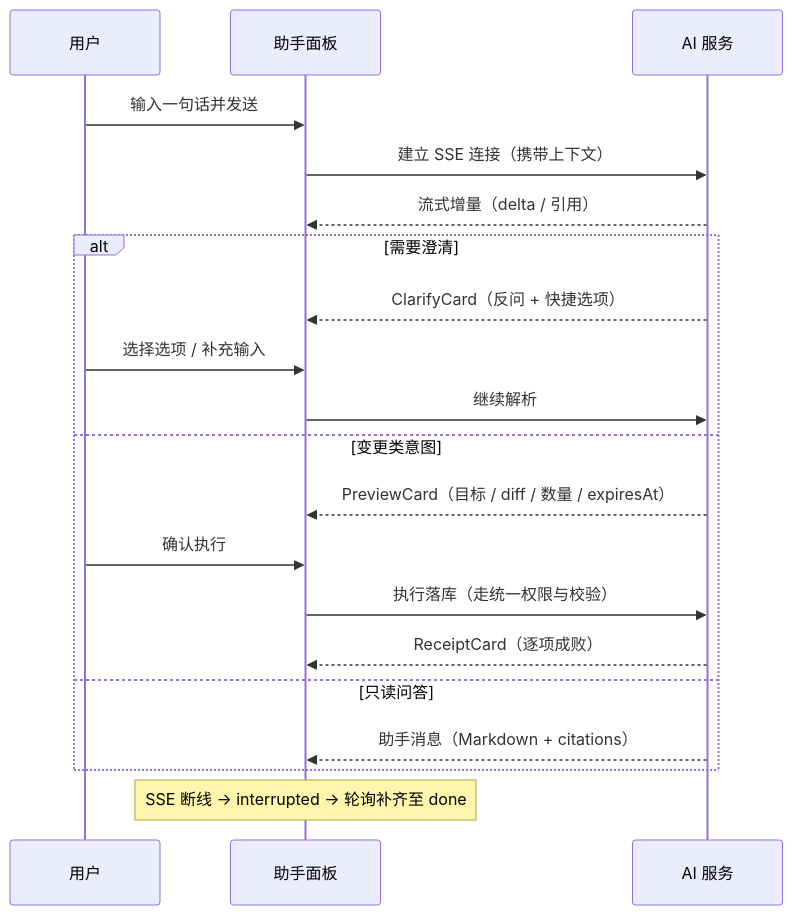
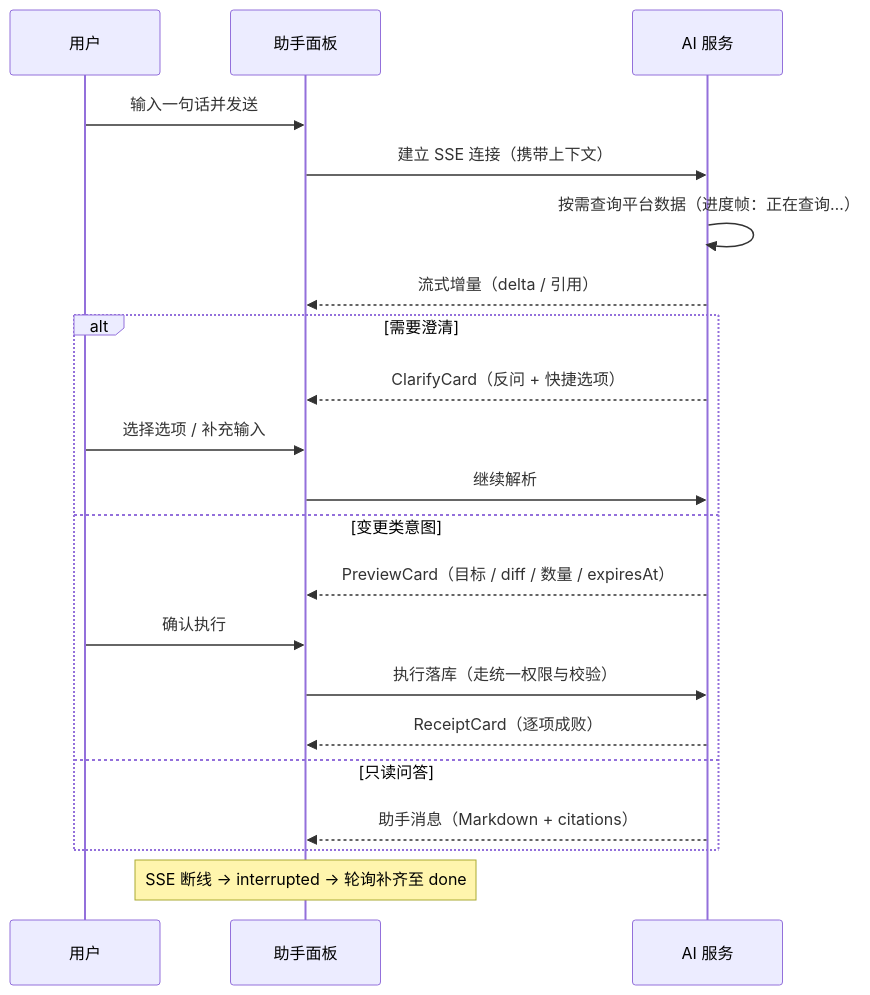
Before and after one commit to XiaoMiSum/robotest: the diagram in docs/05-interaction-design/07-ai-capability/05-ai-assistant-ui.md, drawn with Mermaid. The commit also changed other lines of this file and 1 other file, not shown here.

````diff
--- a/docs/05-interaction-design/07-ai-capability/05-ai-assistant-ui.md
+++ b/docs/05-interaction-design/07-ai-capability/05-ai-assistant-ui.md
@@ -83,22 +85,23 @@
 ```mermaid
 sequenceDiagram
   participant U as 用户
   participant A as 助手面板
   participant S as AI 服务
   U->>A: 输入一句话并发送
   A->>S: 建立 SSE 连接（携带上下文）
+  S->>S: 按需查询平台数据（进度帧：正在查询…）
   S-->>A: 流式增量（delta / 引用）
   alt 需要澄清
     S-->>A: ClarifyCard（反问 + 快捷选项）
     U->>A: 选择选项 / 补充输入
     A->>S: 继续解析
   else 变更类意图
     S-->>A: PreviewCard（目标 / diff / 数量 / expiresAt）
     U->>A: 确认执行
     A->>S: 执行落库（走统一权限与校验）
     S-->>A: ReceiptCard（逐项成败）
   else 只读问答
     S-->>A: 助手消息（Markdown + citations）
   end
   Note over A: SSE 断线 → interrupted → 轮询补齐至 done
 ```
````
